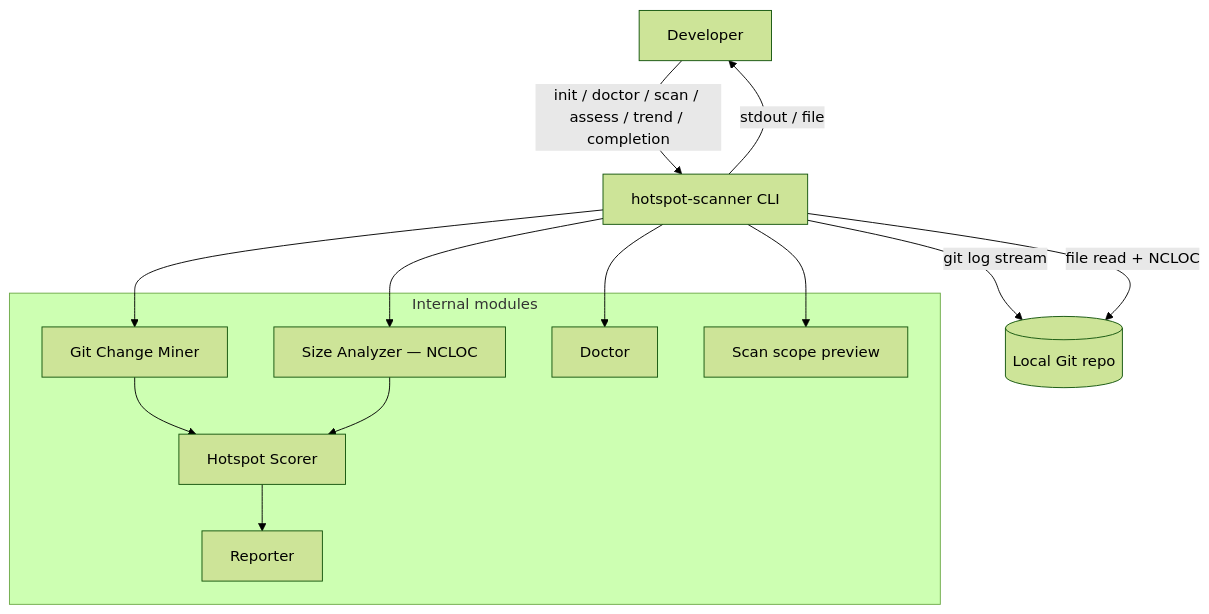
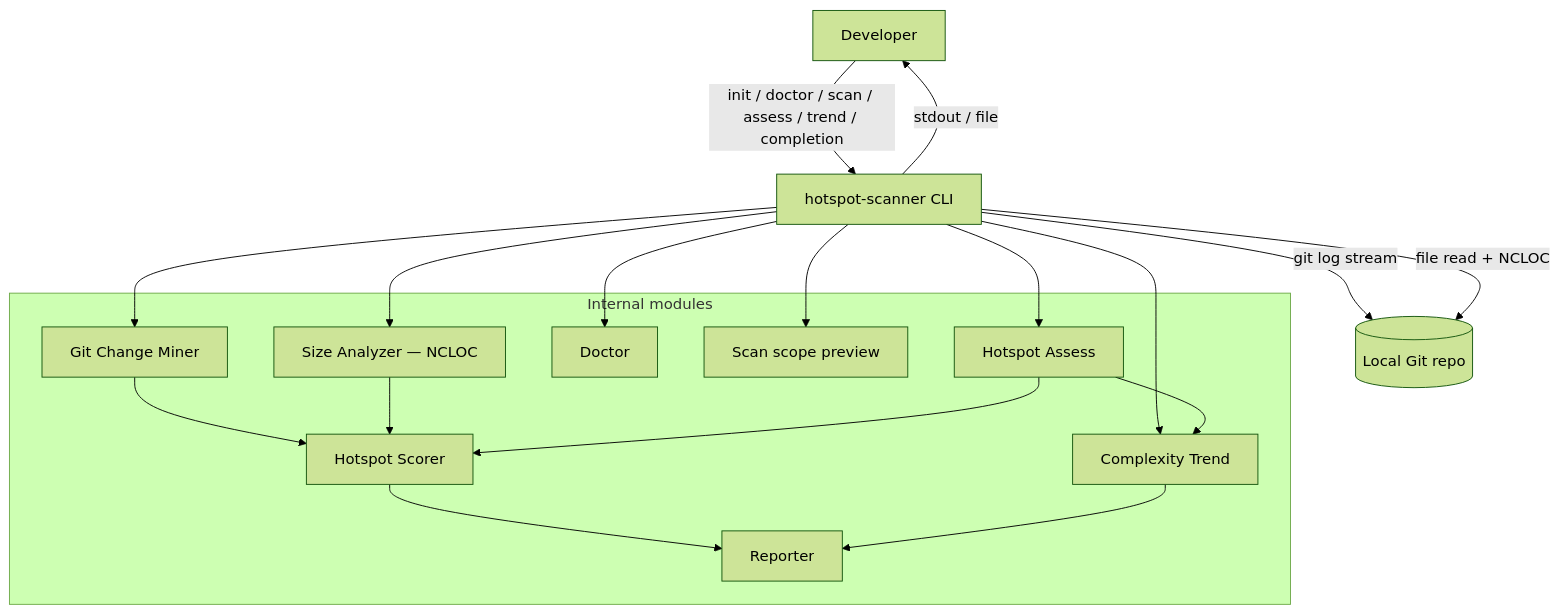
The first of 2 diagrams in .specs/codebase/ARCHITECTURE.md (AlanTaranti/hotspot-scanner), drawn with Mermaid (forest theme) before and after one commit. The commit also changed other lines of this file and 9 other files, not shown here.

Commit message:
docs(specs): sync living docs with M78 scan/trend/assess surface

````diff
--- a/.specs/codebase/ARCHITECTURE.md
+++ b/.specs/codebase/ARCHITECTURE.md
@@ -5,28 +5,35 @@
 ```mermaid
 flowchart TB
   Dev[Developer]
   CLI[hotspot-scanner CLI]
   Repo[(Local Git repo)]
 
   Dev -->|"init / doctor / scan / assess / trend / completion"| CLI
   CLI -->|"git log stream"| Repo
   CLI -->|"file read + NCLOC"| Repo
   CLI -->|"stdout / file"| Dev
 
   subgraph internal [Internal modules]
     GitMiner[Git Change Miner]
     Size[Size Analyzer — NCLOC]
     Hotspot[Hotspot Scorer]
     Reporter[Reporter]
     Doctor[Doctor]
     ScanPreview[Scan scope preview]
+    Trend[Complexity Trend]
+    Assess[Hotspot Assess]
   end
 
   CLI --> Doctor
   CLI --> ScanPreview
   CLI --> GitMiner
   CLI --> Size
+  CLI --> Trend
+  CLI --> Assess
   GitMiner --> Hotspot
   Size --> Hotspot
   Hotspot --> Reporter
+  Assess --> Hotspot
+  Assess --> Trend
+  Trend --> Reporter
 ```
````
